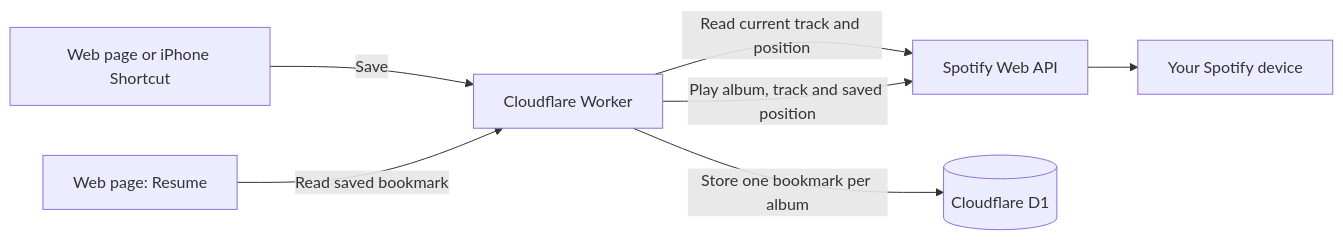
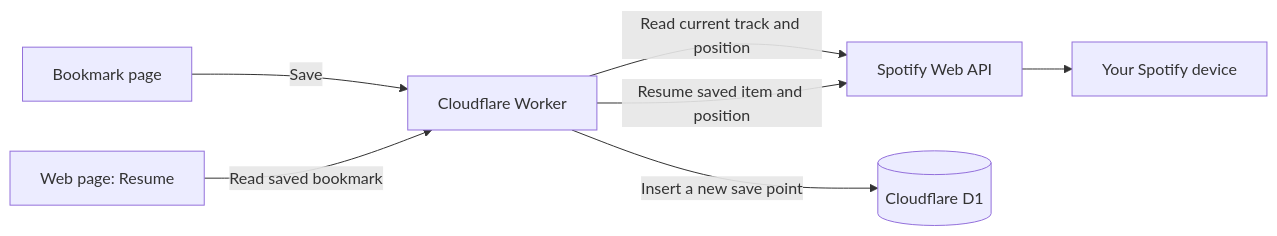
One commit to jtdelosh-ops/spotify-album-bookmarks changed the diagram in README.md. Above: the diagram before and after it, drawn with Mermaid. The commit also changed other lines of this file and 18 other files, not shown here.

First line of the commit message:
Add independent named bookmarks and one-tap iPhone resume (#1)

````diff
--- a/README.md
+++ b/README.md
@@ -23,9 +38,9 @@
 ```mermaid
 flowchart LR
-    A[Web page or iPhone Shortcut] -->|Save| B[Cloudflare Worker]
+    A[Bookmark page] -->|Save| B[Cloudflare Worker]
     B -->|Read current track and position| C[Spotify Web API]
-    B -->|Store one bookmark per album| D[(Cloudflare D1)]
+    B -->|Insert a new save point| D[(Cloudflare D1)]
     E[Web page: Resume] -->|Read saved bookmark| B
-    B -->|Play album, track and saved position| C
+    B -->|Resume saved item and position| C
     C --> F[Your Spotify device]
 ```
````
